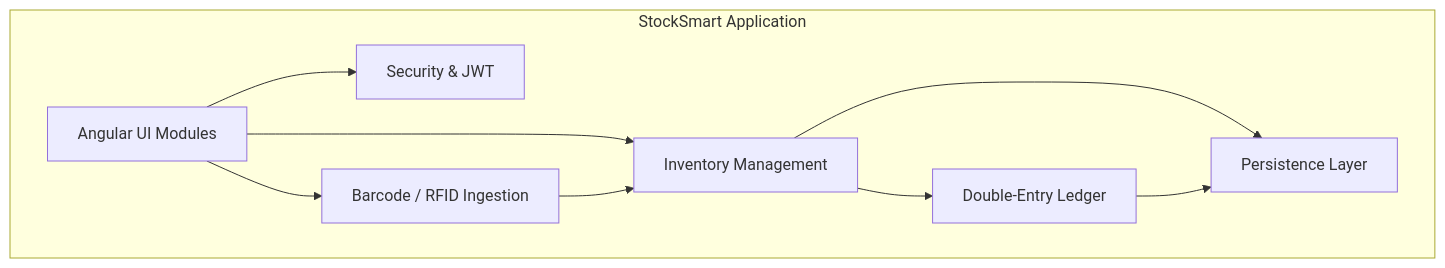
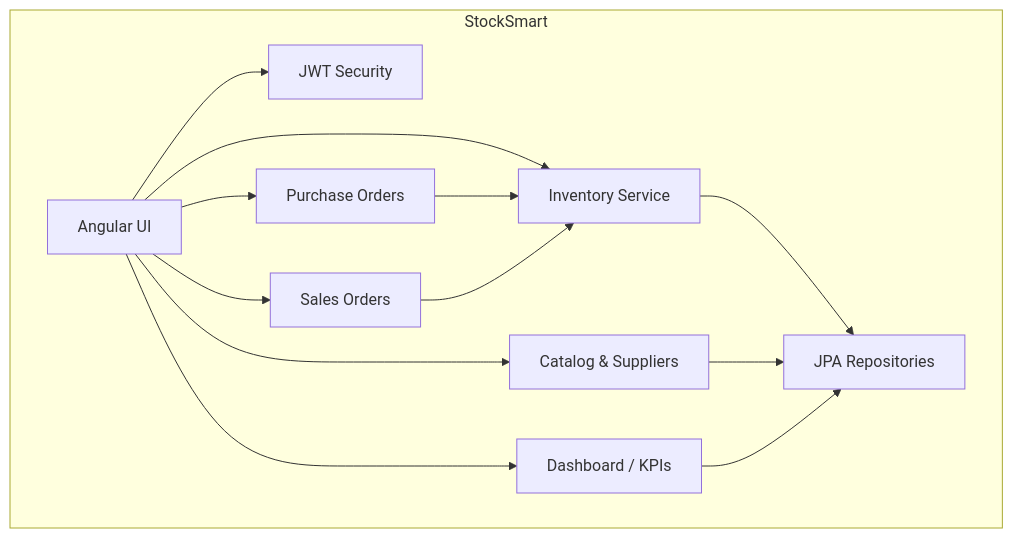
One commit to kirtika-0102/StockSmart changed the third of 6 diagrams in docs/architecture.md. Above: the diagram before and after it, drawn with Mermaid. The commit also changed other lines of this file and 74 other files, not shown here.

Commit message:
architecture of application

````diff
--- a/docs/architecture.md
+++ b/docs/architecture.md
@@ -113,18 +114,24 @@
 ```mermaid
 flowchart TD
-    subgraph "StockSmart Application"
-        UI["Angular UI Modules"]
-        Auth["Security & JWT"]
-        Ledger["Double-Entry Ledger"]
-        Inventory["Inventory Management"]
-        Scanning["Barcode / RFID Ingestion"]
-        Data["Persistence Layer"]
+    subgraph StockSmart
+        UI["Angular UI"]
+        Auth["JWT Security"]
+        Inv["Inventory Service"]
+        Cat["Catalog & Suppliers"]
+        PO["Purchase Orders"]
+        SO["Sales Orders"]
+        KPI["Dashboard / KPIs"]
+        Data["JPA Repositories"]
     end
     UI --> Auth
-    UI --> Inventory
-    UI --> Scanning
-    Inventory --> Ledger
-    Inventory --> Data
-    Ledger --> Data
-    Scanning --> Inventory
+    UI --> Inv
+    UI --> Cat
+    UI --> PO
+    UI --> SO
+    UI --> KPI
+    Inv --> Data
+    Cat --> Data
+    PO --> Inv
+    SO --> Inv
+    KPI --> Data
 ```
````
